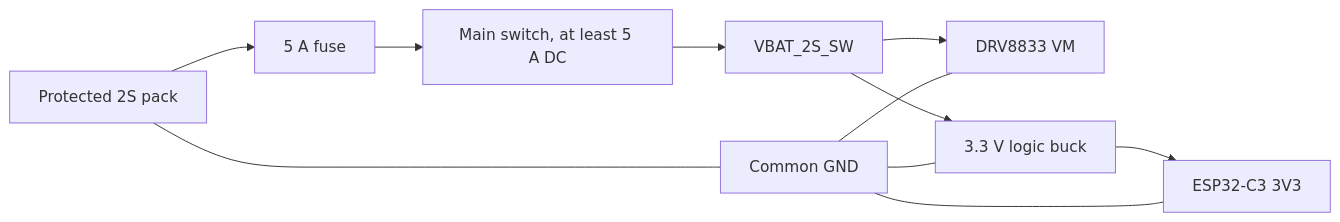
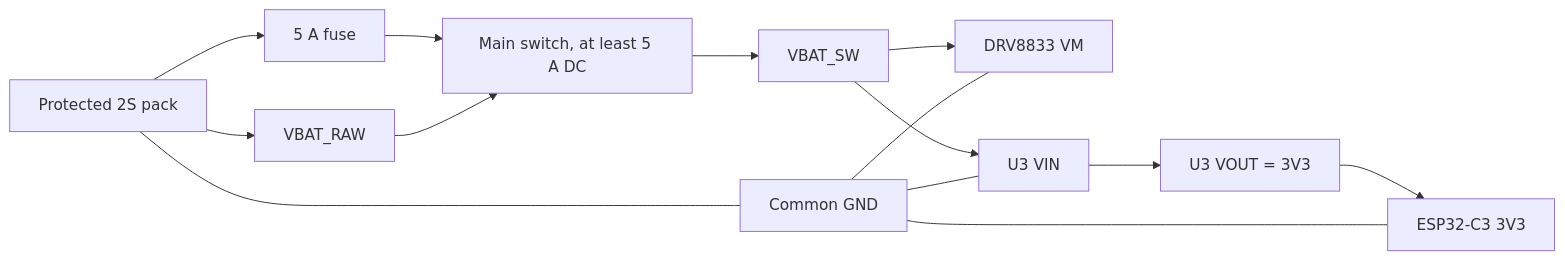
One commit to Hackerspace-drenthe/www.roboktober.nl changed the diagram in electronics/schema/electrical-design-v2-2s.md. Above: the diagram before and after it, drawn with Mermaid. The commit also changed other lines of this file and 11 other files, not shown here.

````diff
--- a/electronics/schema/electrical-design-v2-2s.md
+++ b/electronics/schema/electrical-design-v2-2s.md
@@ -22,13 +31,16 @@
 ```mermaid
 flowchart LR
     BAT[Protected 2S pack] --> F1[5 A fuse]
+    BAT --> RAW[VBAT_RAW]
     F1 --> SW[Main switch, at least 5 A DC]
-    SW --> RAW[VBAT_2S_SW]
-    RAW --> VM[DRV8833 VM]
-    RAW --> LBUCK[3.3 V logic buck]
-    LBUCK --> ESP[ESP32-C3 3V3]
+    RAW --> SW
+    SW --> SWBAT[VBAT_SW]
+    SWBAT --> VM[DRV8833 VM]
+    SWBAT --> U3[U3 VIN]
+    U3 --> V3[U3 VOUT = 3V3]
+    V3 --> ESP[ESP32-C3 3V3]
     BAT --- GND[Common GND]
-    GND --- LBUCK
+    GND --- U3
     GND --- VM
     GND --- ESP
 ```
````
